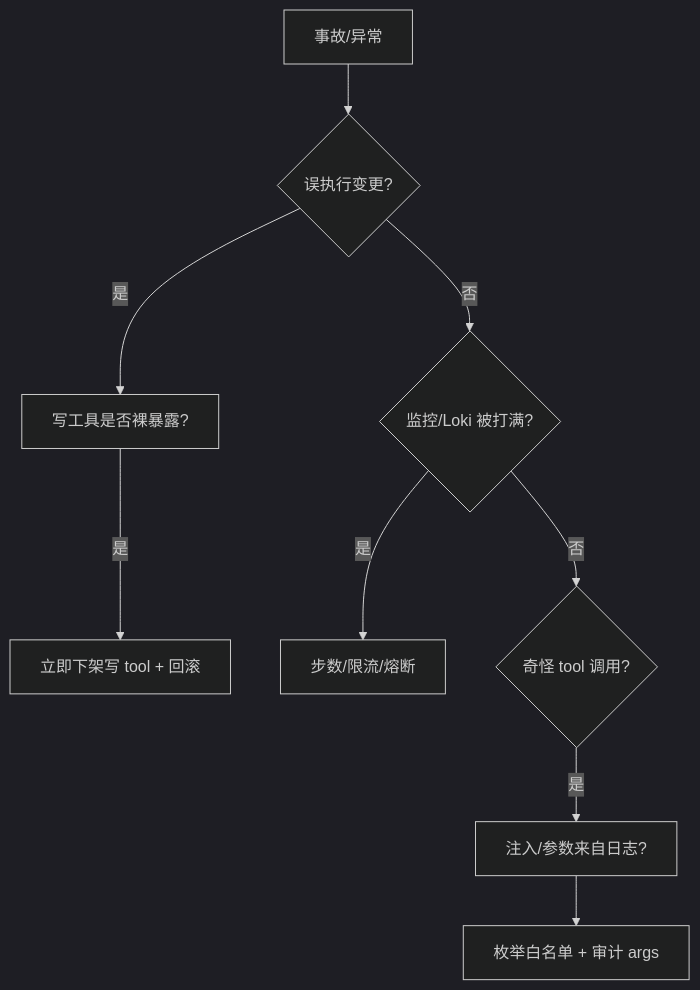
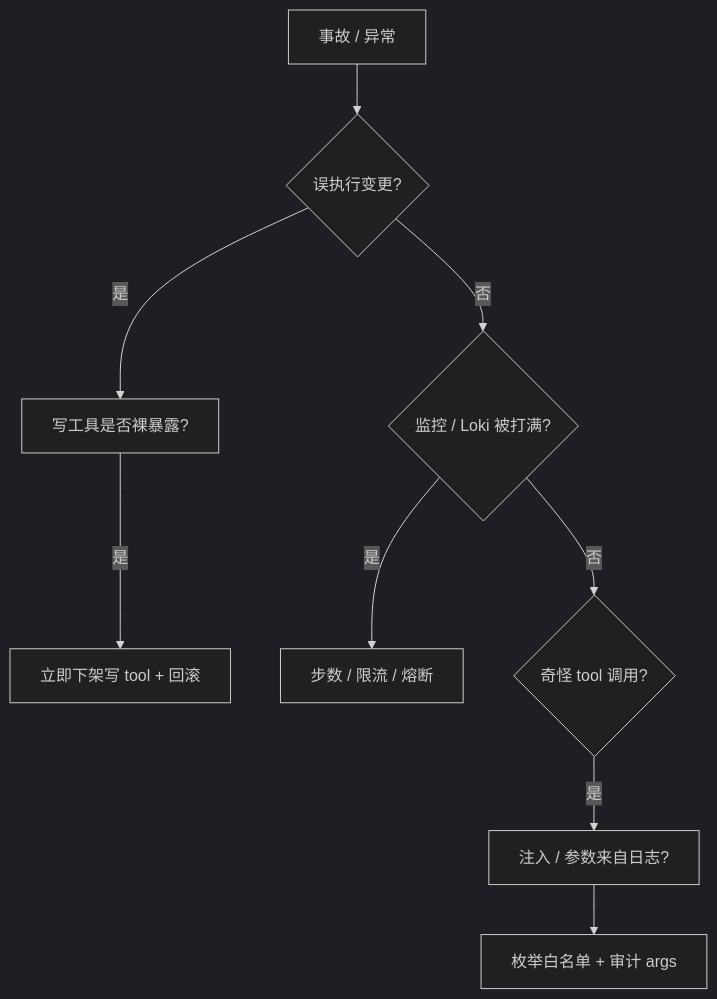
One commit to ml-cuizijun/LearnToLilith changed the fourth of 4 diagrams in 08-AI与智能运维/04-Function-Calling与Tool-Use/知识点.md. Above: the diagram before and after it, drawn with Mermaid (dark theme). The commit also changed other lines of this file and 178 other files, not shown here.

````diff
--- a/08-AI与智能运维/04-Function-Calling与Tool-Use/知识点.md
+++ b/08-AI与智能运维/04-Function-Calling与Tool-Use/知识点.md
@@ -331,11 +413,11 @@
 ```mermaid
 flowchart TB
-    A[事故/异常] --> B{误执行变更?}
+    A[事故 / 异常] --> B{误执行变更?}
     B -->|是| C[写工具是否裸暴露?]
     C -->|是| D[立即下架写 tool + 回滚]
-    B -->|否| E{监控/Loki 被打满?}
-    E -->|是| F[步数/限流/熔断]
+    B -->|否| E{监控 / Loki 被打满?}
+    E -->|是| F[步数 / 限流 / 熔断]
     E -->|否| G{奇怪 tool 调用?}
-    G -->|是| H[注入/参数来自日志?]
+    G -->|是| H[注入 / 参数来自日志?]
     H --> I[枚举白名单 + 审计 args]
 ```
````
